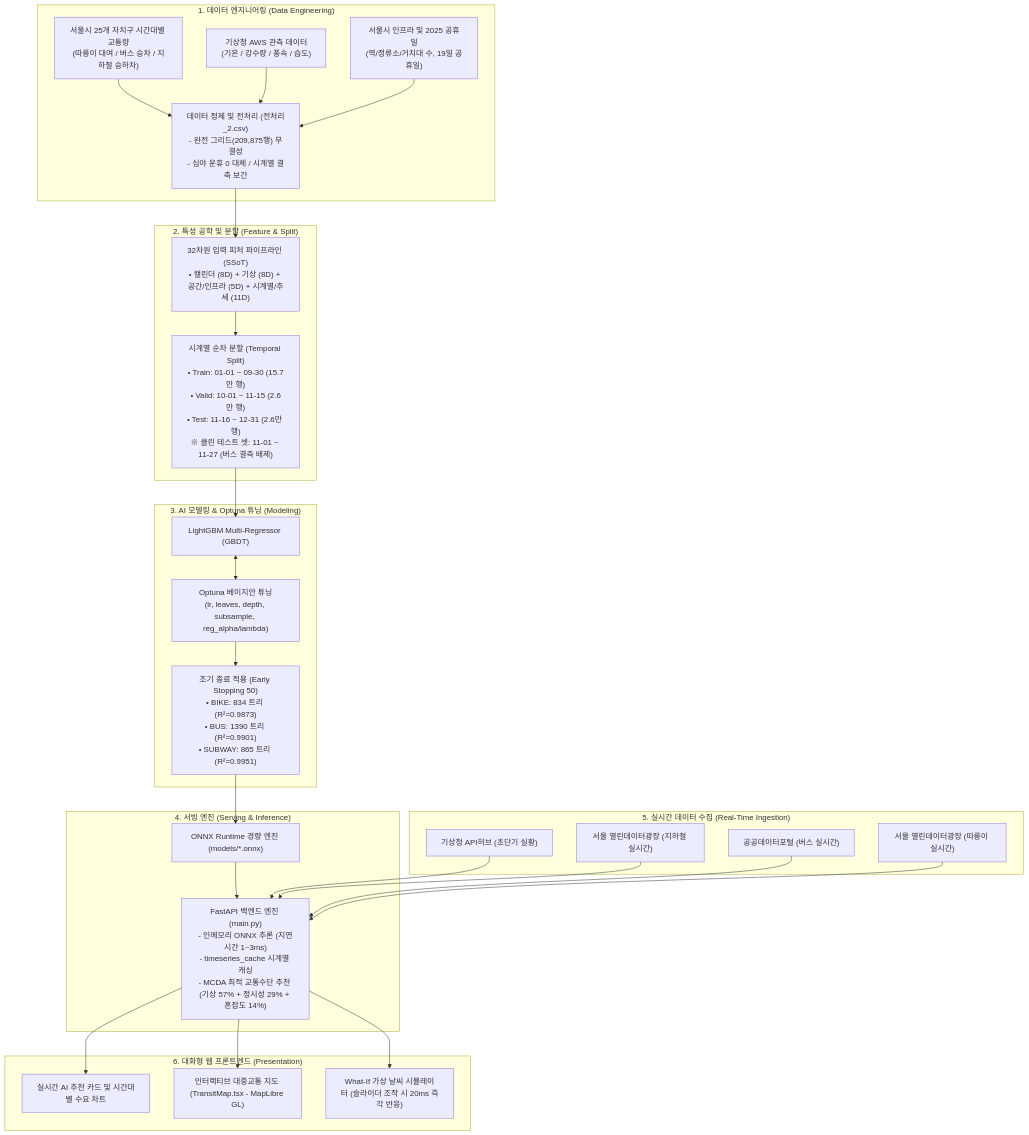
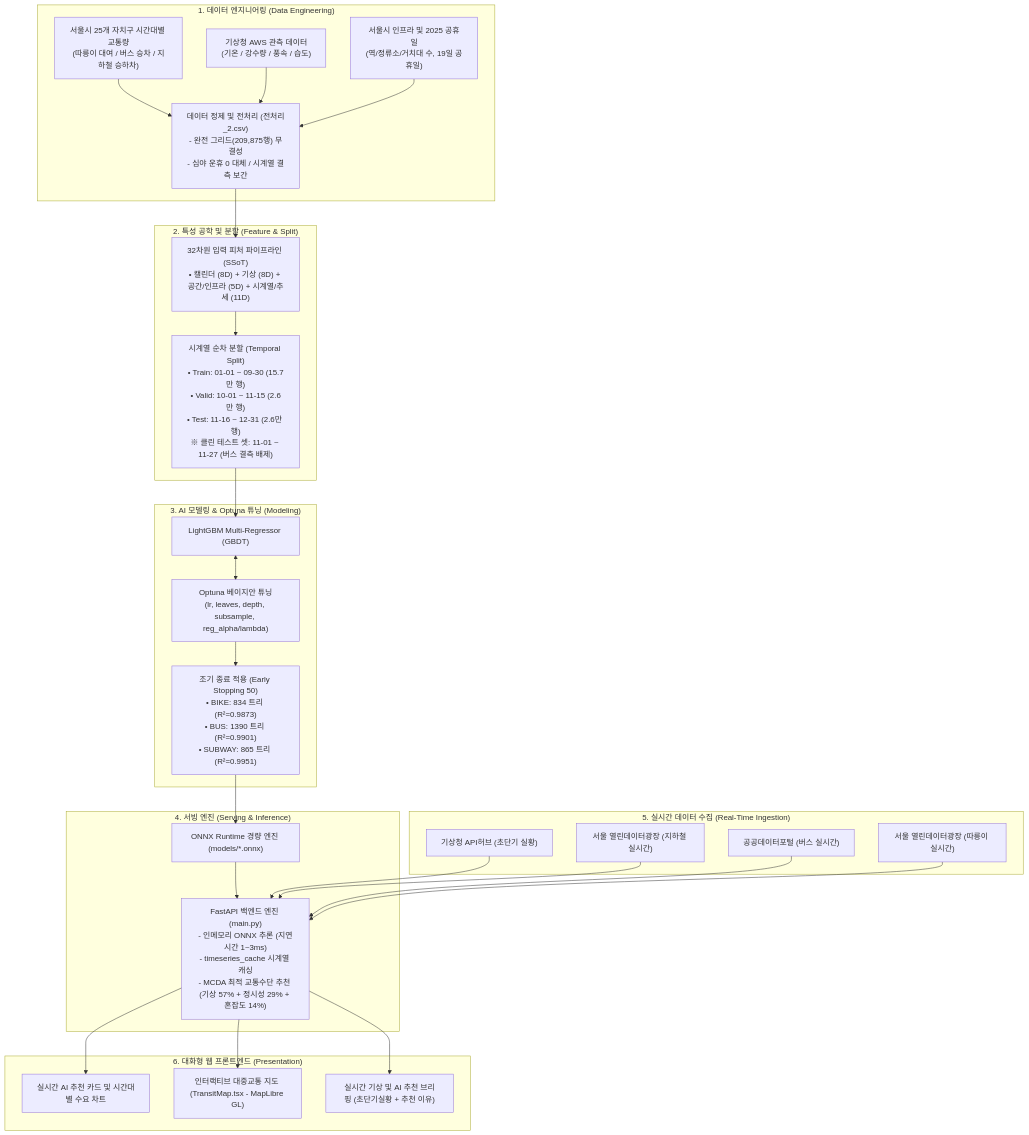
Before and after one commit to 14EE4/weather-transit-web: the diagram in README.md, drawn with Mermaid. The commit also changed other lines of this file and 3 other files, not shown here.

````diff
--- a/README.md
+++ b/README.md
@@ -72,54 +85,54 @@
 ```mermaid
 flowchart TD
     %% 1. Raw Data & Collection
     subgraph S1 ["1. 데이터 엔지니어링 (Data Engineering)"]
         D1["서울시 25개 자치구 시간대별 교통량<br>(따릉이 대여 / 버스 승차 / 지하철 승하차)"]
         D2["기상청 AWS 관측 데이터<br>(기온 / 강수량 / 풍속 / 습도)"]
         D3["서울시 인프라 및 2025 공휴일<br>(역/정류소/거치대 수, 19일 공휴일)"]
         D1 --> DP["데이터 정제 및 전처리 (전처리_2.csv)<br>- 완전 그리드(209,875행) 무결성<br>- 심야 운휴 0 대체 / 시계열 결측 보간"]
         D2 --> DP
         D3 --> DP
     end
 
     %% 2. Feature Engineering & Dataset Split
     subgraph S2 ["2. 특성 공학 및 분할 (Feature & Split)"]
         FE["32차원 입력 피처 파이프라인 (SSoT)<br>• 캘린더 (8D) + 기상 (8D) + 공간/인프라 (5D) + 시계열/추세 (11D)"]
         DP --> FE
         FE --> SP["시계열 순차 분할 (Temporal Split)<br>• Train: 01-01 ~ 09-30 (15.7만 행)<br>• Valid: 10-01 ~ 11-15 (2.6만 행)<br>• Test: 11-16 ~ 12-31 (2.6만 행)<br>※ 클린 테스트 셋: 11-01 ~ 11-27 (버스 결측 배제)"]
     end
 
     %% 3. Modeling & Optimization
     subgraph S3 ["3. AI 모델링 & Optuna 튜닝 (Modeling)"]
         M1["LightGBM Multi-Regressor (GBDT)"]
         OPT["Optuna 베이지안 튜닝<br>(lr, leaves, depth, subsample, reg_alpha/lambda)"]
         ES["조기 종료 적용 (Early Stopping 50)<br>• BIKE: 834 트리 (R²=0.9873)<br>• BUS: 1390 트리 (R²=0.9901)<br>• SUBWAY: 865 트리 (R²=0.9951)"]
         SP --> M1
         M1 <--> OPT
         OPT --> ES
     end
 
     %% 4. ONNX & FastAPI
     subgraph S4 ["4. 서빙 엔진 (Serving & Inference)"]
         ONNX["ONNX Runtime 경량 엔진 (models/*.onnx)"]
         ES --> ONNX
         API["FastAPI 백엔드 엔진 (main.py)<br>- 인메모리 ONNX 추론 (지연시간 1~3ms)<br>- timeseries_cache 시계열 캐싱<br>- MCDA 최적 교통수단 추천 (기상 57% + 정시성 29% + 혼잡도 14%)"]
         ONNX --> API
     end
 
     %% 5. Real-Time External APIs
     subgraph S5 ["5. 실시간 데이터 수집 (Real-Time Ingestion)"]
         EXT1["기상청 API허브 (초단기 실황)"]
         EXT2["서울 열린데이터광장 (지하철 실시간)"]
         EXT3["공공데이터포털 (버스 실시간)"]
         EXT4["서울 열린데이터광장 (따릉이 실시간)"]
         EXT1 & EXT2 & EXT3 & EXT4 --> API
     end
 
     %% 6. Presentation
     subgraph S6 ["6. 대화형 웹 프론트엔드 (Presentation)"]
         UI1["실시간 AI 추천 카드 및 시간대별 수요 차트"]
         UI2["인터랙티브 대중교통 지도 (TransitMap.tsx - MapLibre GL)"]
-        UI3["What-If 가상 날씨 시뮬레이터 (슬라이더 조작 시 20ms 즉각 반응)"]
+        UI3["실시간 기상 및 AI 추천 브리핑 (초단기실황 + 추천 이유)"]
         API --> UI1 & UI2 & UI3
     end
 ```
````
